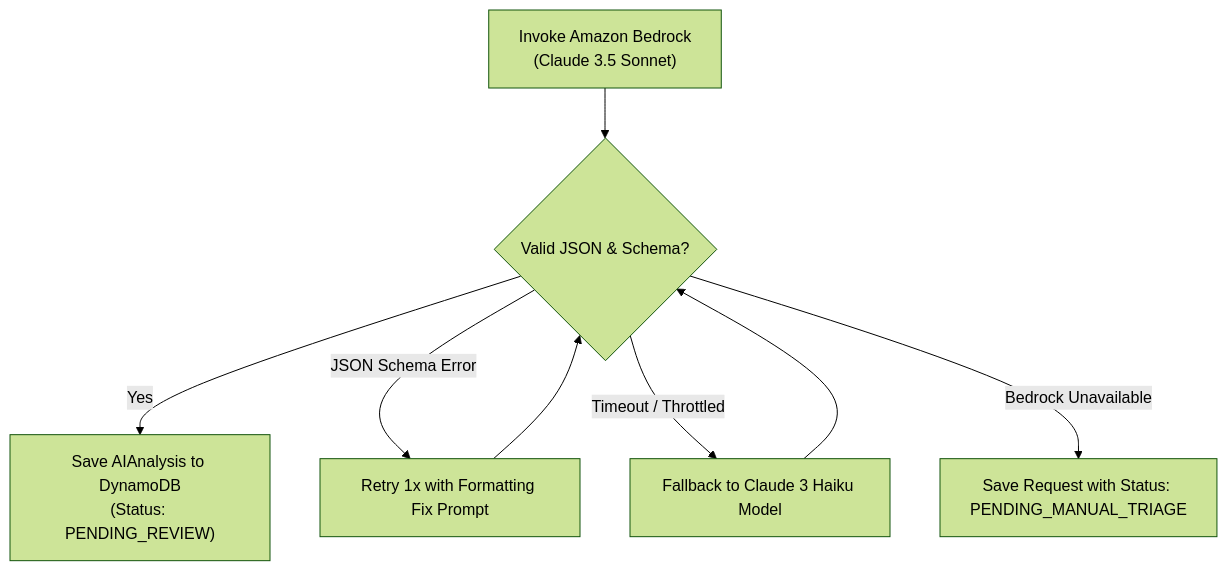
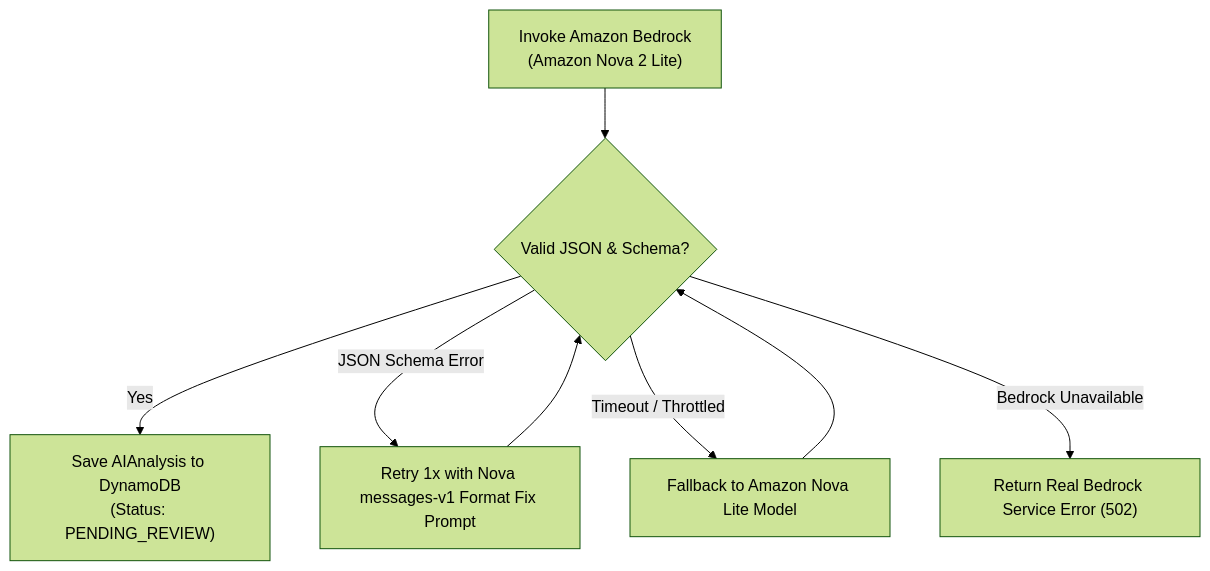
The diagram in docs/AI_SPEC.md (Devanandfarkade/ServiceForge-AI), drawn with Mermaid (forest theme) before and after one commit. The commit also changed other lines of this file and 41 other files, not shown here.

Commit message:
Migrate AI inference to Amazon Nova 2 Lite

````diff
--- a/docs/AI_SPEC.md
+++ b/docs/AI_SPEC.md
@@ -139,10 +152,10 @@
 ```mermaid
 flowchart TD
-    InvokeBedrock["Invoke Amazon Bedrock\n(Claude 3.5 Sonnet)"] --> CheckOutput{Valid JSON & Schema?}
+    InvokeBedrock["Invoke Amazon Bedrock\n(Amazon Nova 2 Lite)"] --> CheckOutput{Valid JSON & Schema?}
     CheckOutput -->|Yes| SaveDDB["Save AIAnalysis to DynamoDB\n(Status: PENDING_REVIEW)"]
-    CheckOutput -->|JSON Schema Error| RetryFormat["Retry 1x with Formatting Fix Prompt"]
+    CheckOutput -->|JSON Schema Error| RetryFormat["Retry 1x with Nova messages-v1 Format Fix Prompt"]
     RetryFormat --> CheckOutput
-    CheckOutput -->|Timeout / Throttled| FallbackHaiku["Fallback to Claude 3 Haiku Model"]
-    FallbackHaiku --> CheckOutput
-    CheckOutput -->|Bedrock Unavailable| GracefulFallback["Save Request with Status: PENDING_MANUAL_TRIAGE"]
+    CheckOutput -->|Timeout / Throttled| FallbackNova["Fallback to Amazon Nova Lite Model"]
+    FallbackNova --> CheckOutput
+    CheckOutput -->|Bedrock Unavailable| RealError["Return Real Bedrock Service Error (502)"]
 ```
````
